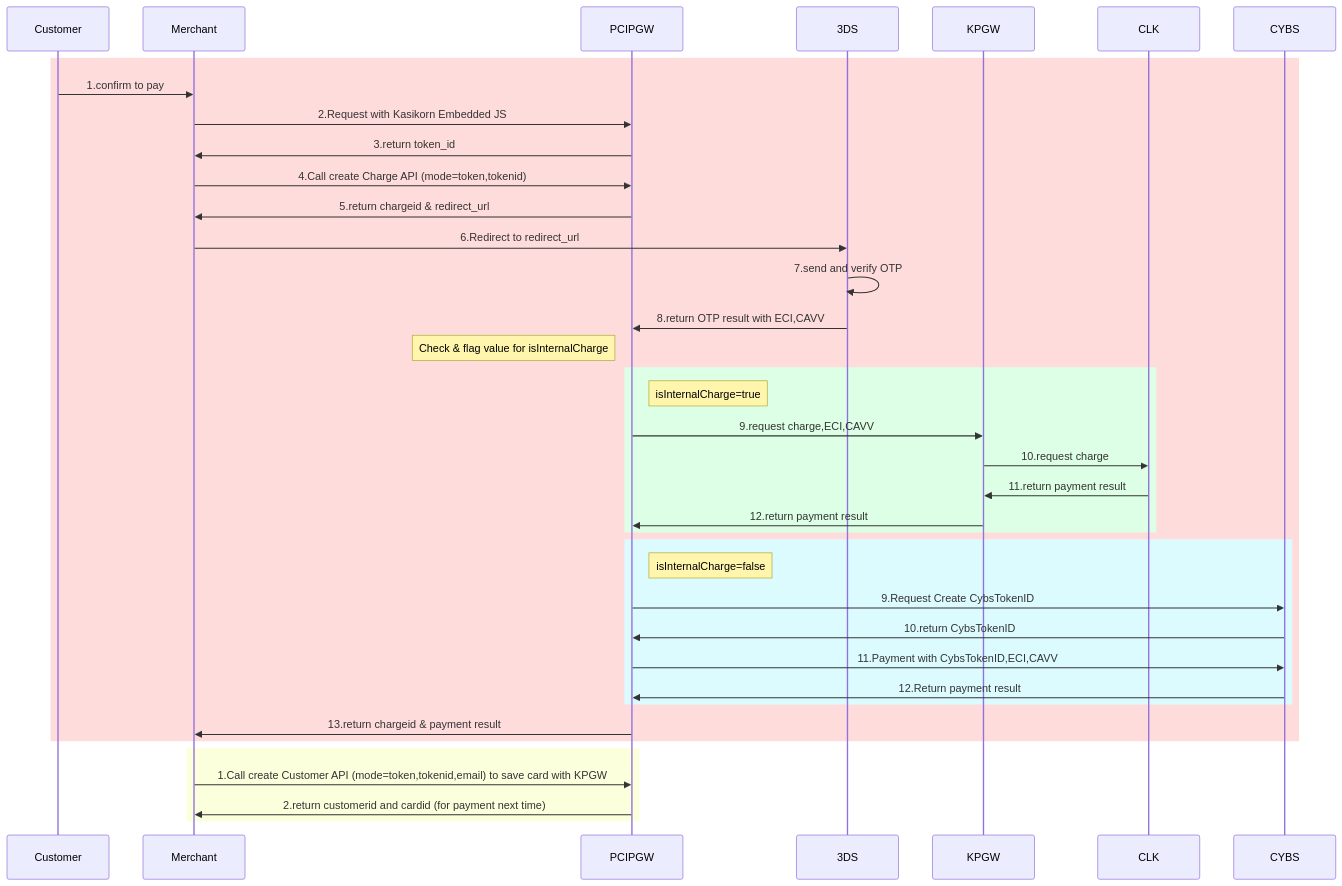
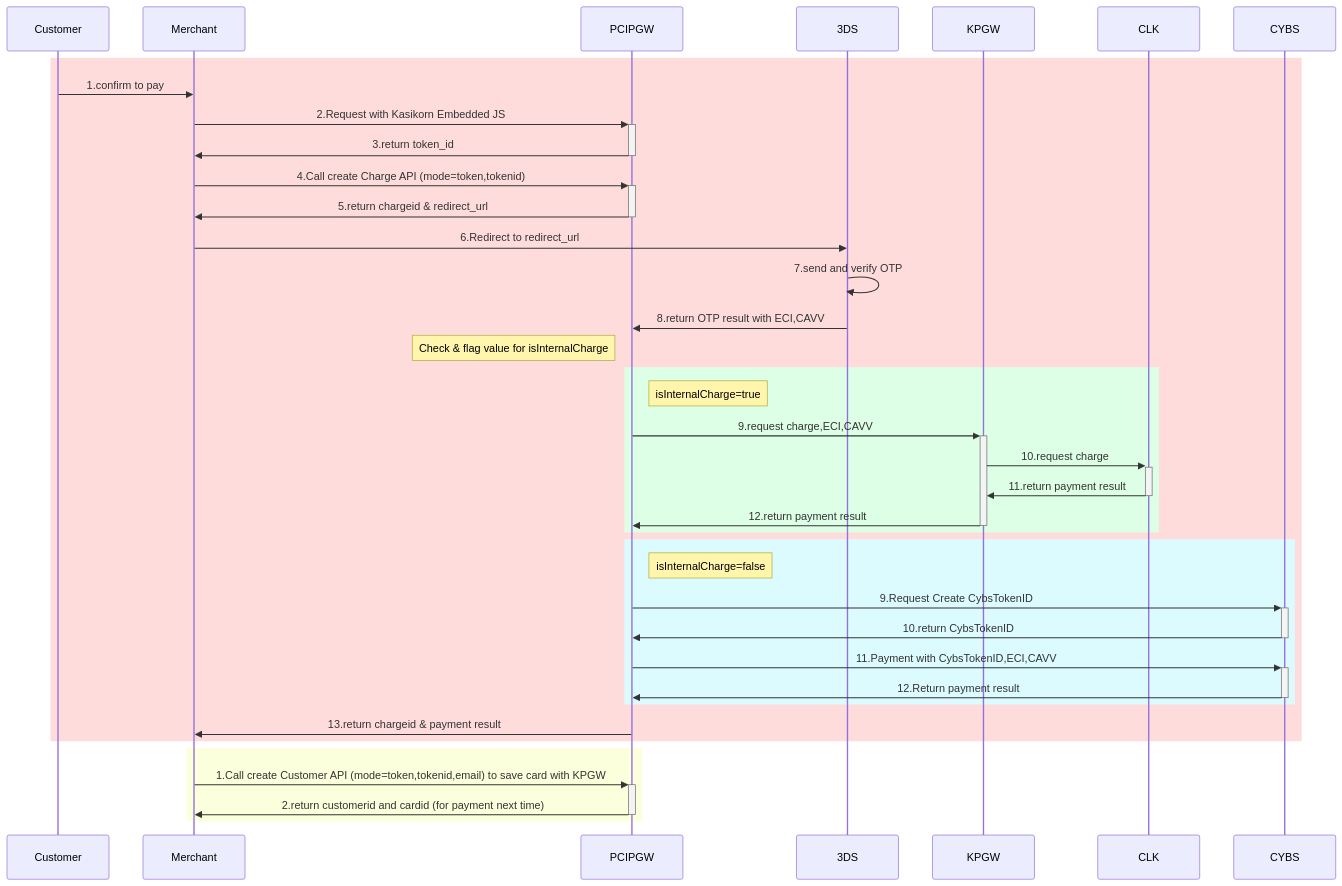
One commit to yuusuke25/MyNotes changed the second of 6 diagrams in Cybs-Ph2-Flow1.md. Above: the diagram before and after it, drawn with Mermaid. The commit also changed other lines of this file, not shown here.

````diff
--- a/Cybs-Ph2-Flow1.md
+++ b/Cybs-Ph2-Flow1.md
@@ -35,40 +35,40 @@
 ```mermaid
     sequenceDiagram
         rect rgb(255, 220, 220)
             Customer->>Merchant:1.confirm to pay
-            Merchant->>PCIPGW:2.Request with Kasikorn Embedded JS
-            PCIPGW->>Merchant:3.return token_id
-            Merchant->>PCIPGW:4.Call create Charge API (mode=token,tokenid)
-            PCIPGW->>Merchant:5.return chargeid & redirect_url
+            Merchant->>+PCIPGW:2.Request with Kasikorn Embedded JS
+            PCIPGW->>-Merchant:3.return token_id
+            Merchant->>+PCIPGW:4.Call create Charge API (mode=token,tokenid)
+            PCIPGW->>-Merchant:5.return chargeid & redirect_url
 
             Merchant->>3DS:6.Redirect to redirect_url
             3DS->>3DS:7.send and verify OTP
             3DS->>PCIPGW:8.return OTP result with ECI,CAVV
 
             Note left of PCIPGW: Check & flag value for isInternalCharge
 
             rect rgb(220, 255, 229)
                 Note right of PCIPGW: isInternalCharge=true
-                PCIPGW->>KPGW:9.request charge,ECI,CAVV
-                KPGW->>CLK:10.request charge
-                CLK->>KPGW:11.return payment result
-                KPGW->>PCIPGW:12.return payment result
+                PCIPGW->>+KPGW:9.request charge,ECI,CAVV
+                KPGW->>+CLK:10.request charge
+                CLK->>-KPGW:11.return payment result
+                KPGW->>-PCIPGW:12.return payment result
             end
 
             rect rgb(220, 251, 255)
                 Note right of PCIPGW: isInternalCharge=false
-                PCIPGW->>CYBS:9.Request Create CybsTokenID
-                CYBS->>PCIPGW:10.return CybsTokenID
-                PCIPGW->>CYBS:11.Payment with CybsTokenID,ECI,CAVV
-                CYBS->>PCIPGW:12.Return payment result
+                PCIPGW->>+CYBS:9.Request Create CybsTokenID
+                CYBS->>-PCIPGW:10.return CybsTokenID
+                PCIPGW->>+CYBS:11.Payment with CybsTokenID,ECI,CAVV
+                CYBS->>-PCIPGW:12.Return payment result
             end
 
             PCIPGW->>Merchant:13.return chargeid & payment result
         end
         
         rect rgb(252, 255, 220)
-            Merchant->>PCIPGW:1.Call create Customer API (mode=token,tokenid,email) to save card with KPGW
-            PCIPGW->>Merchant:2.return customerid and cardid (for payment next time)
+            Merchant->>+PCIPGW:1.Call create Customer API (mode=token,tokenid,email) to save card with KPGW
+            PCIPGW->>-Merchant:2.return customerid and cardid (for payment next time)
         end
 
 ```
````
